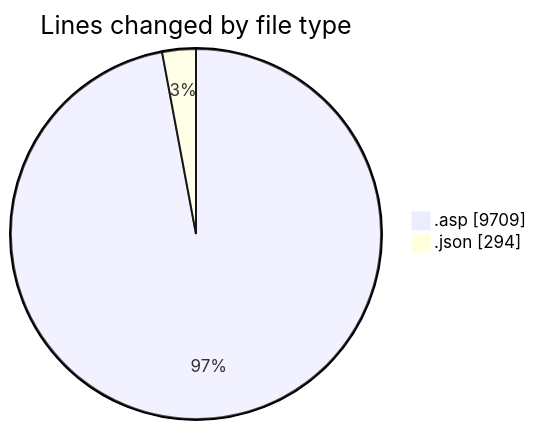
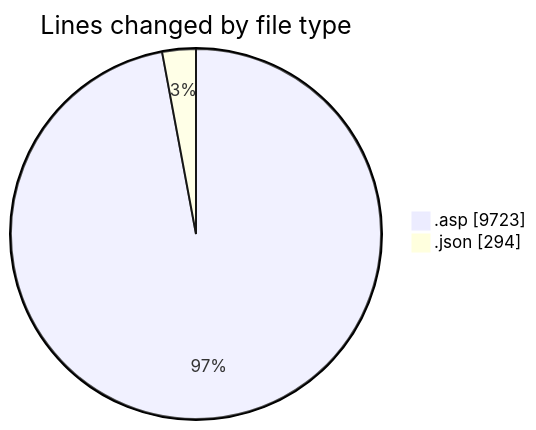
Before and after one commit to julien-gomy/code-tracking: the first of 2 diagrams in 2025-10-27/usr_aleoudev_fr__workspace_/README.md, drawn with Mermaid. The commit also changed other lines of this file and 1 other file, not shown here.

````diff
--- a/2025-10-27/usr_aleoudev_fr__workspace_/README.md
+++ b/2025-10-27/usr_aleoudev_fr__workspace_/README.md
@@ -28,6 +28,6 @@
 ```mermaid
 pie showData
 title Lines changed by file type
-".asp" : 9709
+".asp" : 9723
 ".json" : 294
 ```
````
